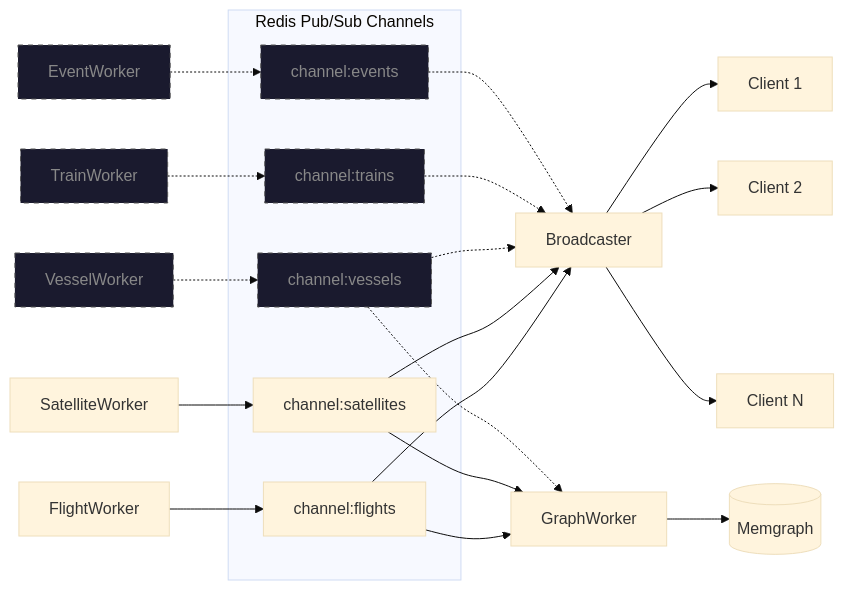
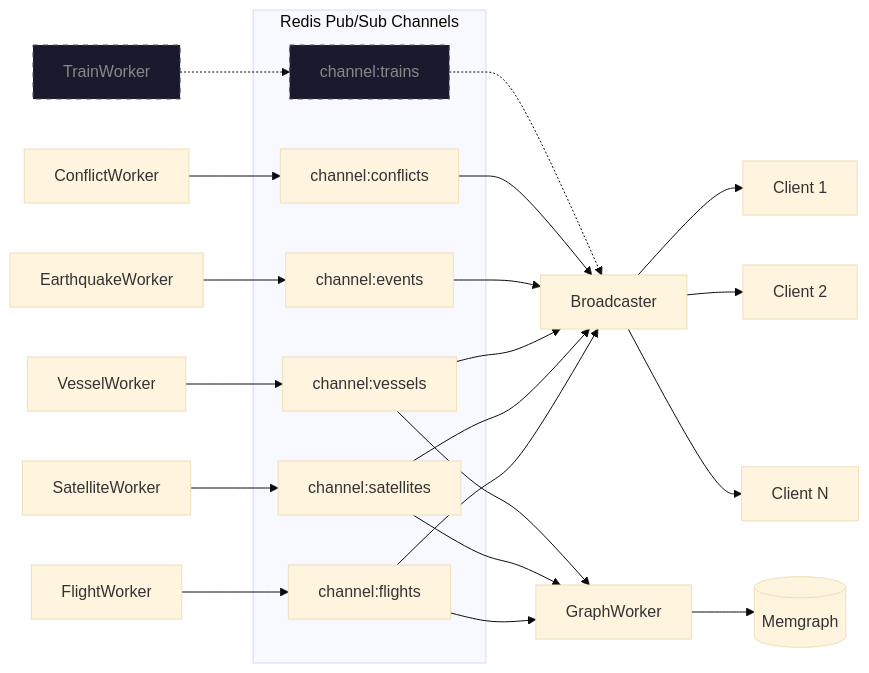
The sixth of 7 diagrams in ARCHITECTURE.md (joshuadarron/godseye), drawn with Mermaid (base theme) before and after one commit. The commit also changed other lines of this file and 2 other files, not shown here.

First line of the commit message:
docs: sync architecture docs with shipped layers

````diff
--- a/ARCHITECTURE.md
+++ b/ARCHITECTURE.md
@@ -315,33 +471,36 @@
 ```mermaid
 graph LR
   subgraph Channels["Redis Pub/Sub Channels"]
     CF["channel:flights"]
     CS["channel:satellites"]
-    CV["channel:vessels"]:::planned
+    CV["channel:vessels"]
+    CE["channel:events"]
+    CC["channel:conflicts"]
     CT["channel:trains"]:::planned
-    CE["channel:events"]:::planned
   end
 
   FW["FlightWorker"] --> CF
   SW["SatelliteWorker"] --> CS
-  VW["VesselWorker"]:::planned -.-> CV
+  VW["VesselWorker"] --> CV
+  EW["EarthquakeWorker"] --> CE
+  CW["ConflictWorker"] --> CC
   TW["TrainWorker"]:::planned -.-> CT
-  EW["EventWorker"]:::planned -.-> CE
 
   CF --> BC["Broadcaster"]
   CS --> BC
-  CV -.-> BC
+  CV --> BC
+  CE --> BC
+  CC --> BC
   CT -.-> BC
-  CE -.-> BC
 
   CF --> GW2["GraphWorker"]
   CS --> GW2
-  CV -.-> GW2
+  CV --> GW2
 
   BC --> C1["Client 1"]
   BC --> C2["Client 2"]
   BC --> CN["Client N"]
   GW2 --> MG[("Memgraph")]
 
   classDef planned fill:#1a1a2e,stroke:#555,stroke-dasharray:5 5,color:#888
 ```
````
